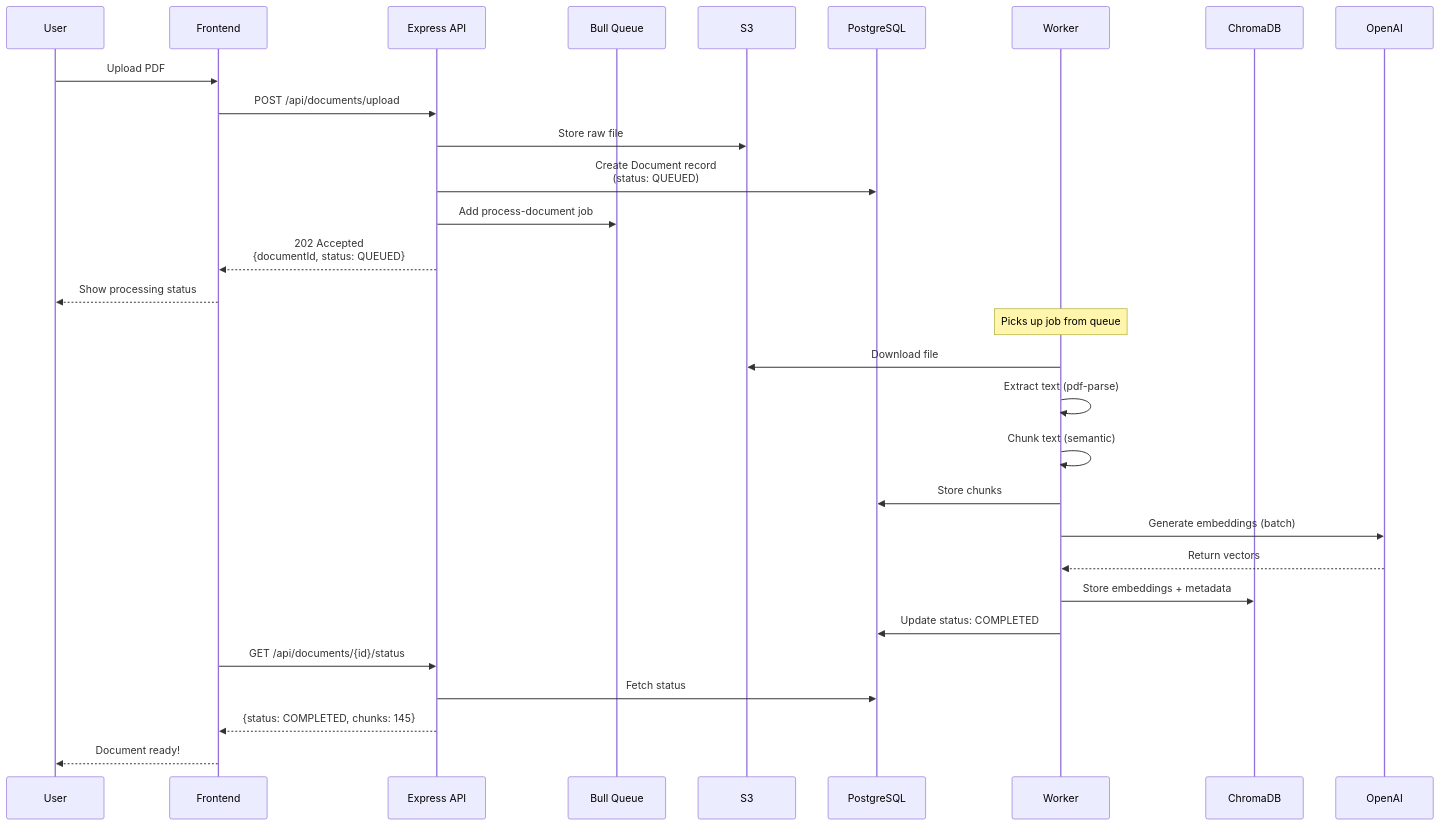
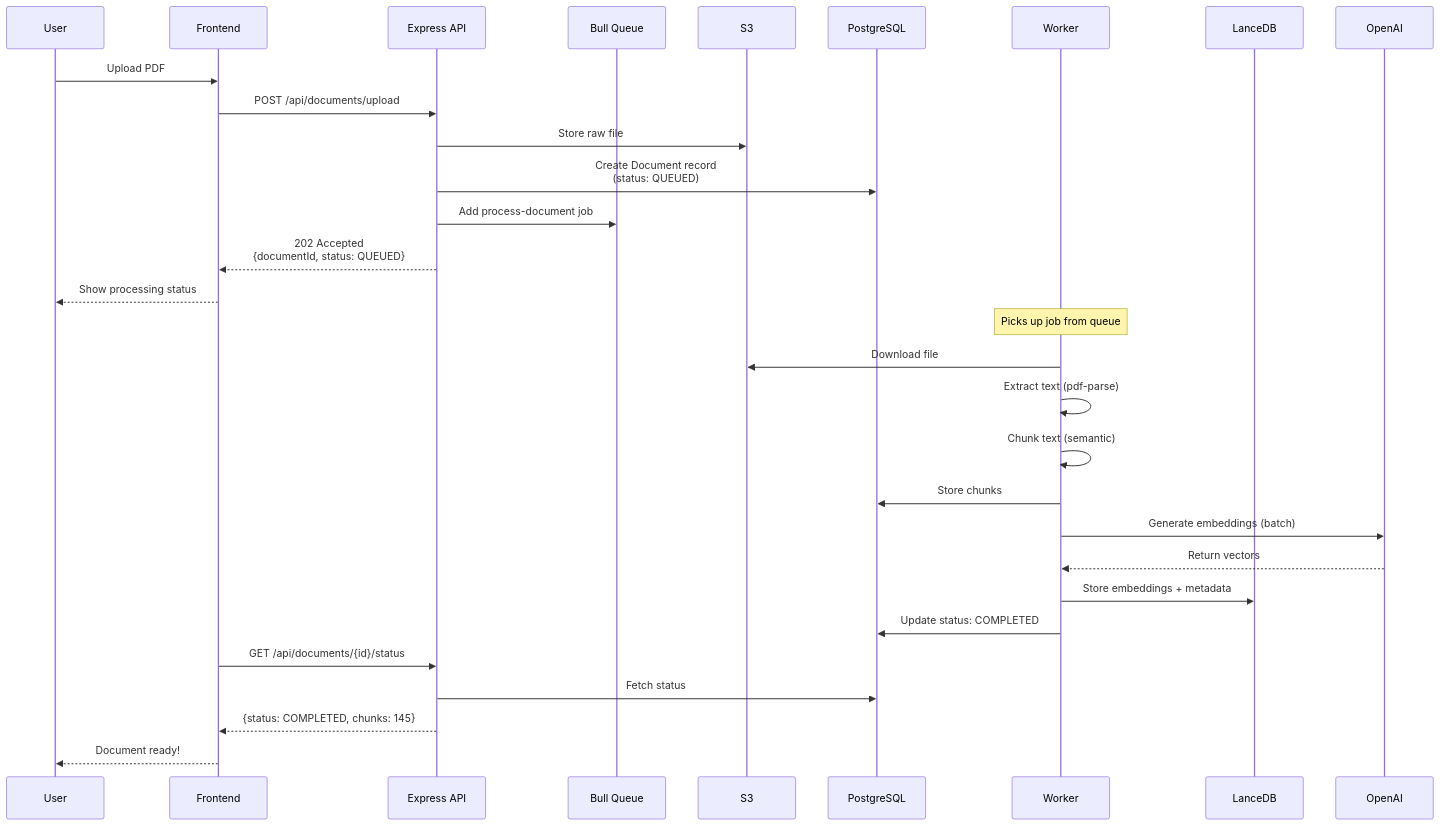
One commit to aravindbharathy/RAG-InvestmentAnalyzer changed the second of 5 diagrams in Docs/architecture.md. Above: the diagram before and after it, drawn with Mermaid. The commit also changed other lines of this file and 31 other files, not shown here.

````diff
--- a/Docs/architecture.md
+++ b/Docs/architecture.md
@@ -133,35 +137,35 @@
 ```mermaid
 sequenceDiagram
     participant User
     participant Frontend
     participant API as Express API
     participant Queue as Bull Queue
     participant S3
     participant PG as PostgreSQL
     participant Worker
-    participant Chroma as ChromaDB
+    participant Lance as LanceDB
     participant OpenAI
 
     User->>Frontend: Upload PDF
     Frontend->>API: POST /api/documents/upload
     API->>S3: Store raw file
     API->>PG: Create Document record<br/>(status: QUEUED)
     API->>Queue: Add process-document job
     API-->>Frontend: 202 Accepted<br/>{documentId, status: QUEUED}
     Frontend-->>User: Show processing status
 
     Note over Worker: Picks up job from queue
     Worker->>S3: Download file
     Worker->>Worker: Extract text (pdf-parse)
     Worker->>Worker: Chunk text (semantic)
     Worker->>PG: Store chunks
     Worker->>OpenAI: Generate embeddings (batch)
     OpenAI-->>Worker: Return vectors
-    Worker->>Chroma: Store embeddings + metadata
+    Worker->>Lance: Store embeddings + metadata
     Worker->>PG: Update status: COMPLETED
 
     Frontend->>API: GET /api/documents/{id}/status
     API->>PG: Fetch status
     API-->>Frontend: {status: COMPLETED, chunks: 145}
     Frontend-->>User: Document ready!
 ```
````
